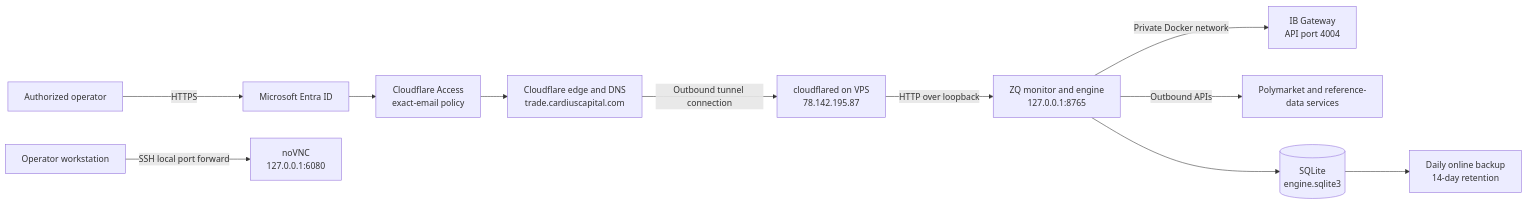
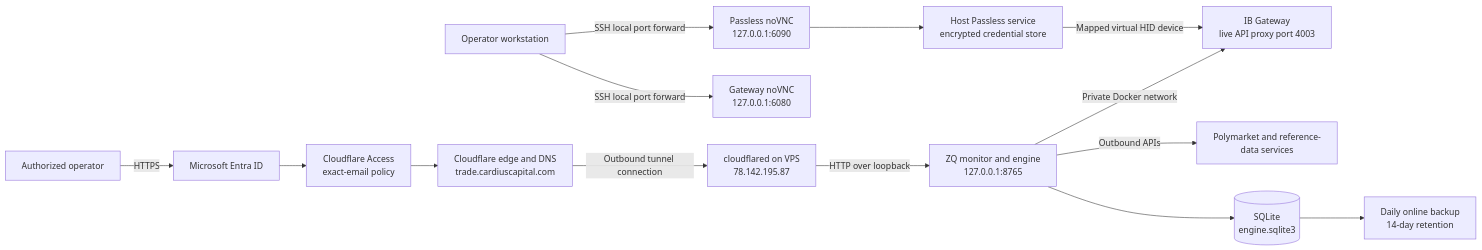
Before and after one commit to yzy0806/Poly-ZQ-trading: the diagram in deploy/CURRENT_DEPLOYMENT_AND_SECURITY.md, drawn with Mermaid. The commit also changed other lines of this file and 7 other files, not shown here.

````diff
--- a/deploy/CURRENT_DEPLOYMENT_AND_SECURITY.md
+++ b/deploy/CURRENT_DEPLOYMENT_AND_SECURITY.md
@@ -128,13 +156,16 @@
 ```mermaid
 flowchart LR
     U[Authorized operator] -->|HTTPS| E[Microsoft Entra ID]
     E --> A[Cloudflare Access\nexact-email policy]
     A --> T[Cloudflare edge and DNS\ntrade.cardiuscapital.com]
     T -->|Outbound tunnel connection| C[cloudflared on VPS\n78.142.195.87]
     C -->|HTTP over loopback| W[ZQ monitor and engine\n127.0.0.1:8765]
-    W -->|Private Docker network| I[IB Gateway\nAPI port 4004]
+    W -->|Private Docker network| I[IB Gateway\nlive API proxy port 4003]
     W -->|Outbound APIs| P[Polymarket and reference-data services]
     W --> D[(SQLite\nengine.sqlite3)]
     D --> B[Daily online backup\n14-day retention]
-    O[Operator workstation] -->|SSH local port forward| V[noVNC\n127.0.0.1:6080]
+    O[Operator workstation] -->|SSH local port forward| V[Gateway noVNC\n127.0.0.1:6080]
+    O -->|SSH local port forward| Q[Passless noVNC\n127.0.0.1:6090]
+    Q --> H[Host Passless service\nencrypted credential store]
+    H -->|Mapped virtual HID device| I
 ```
````
